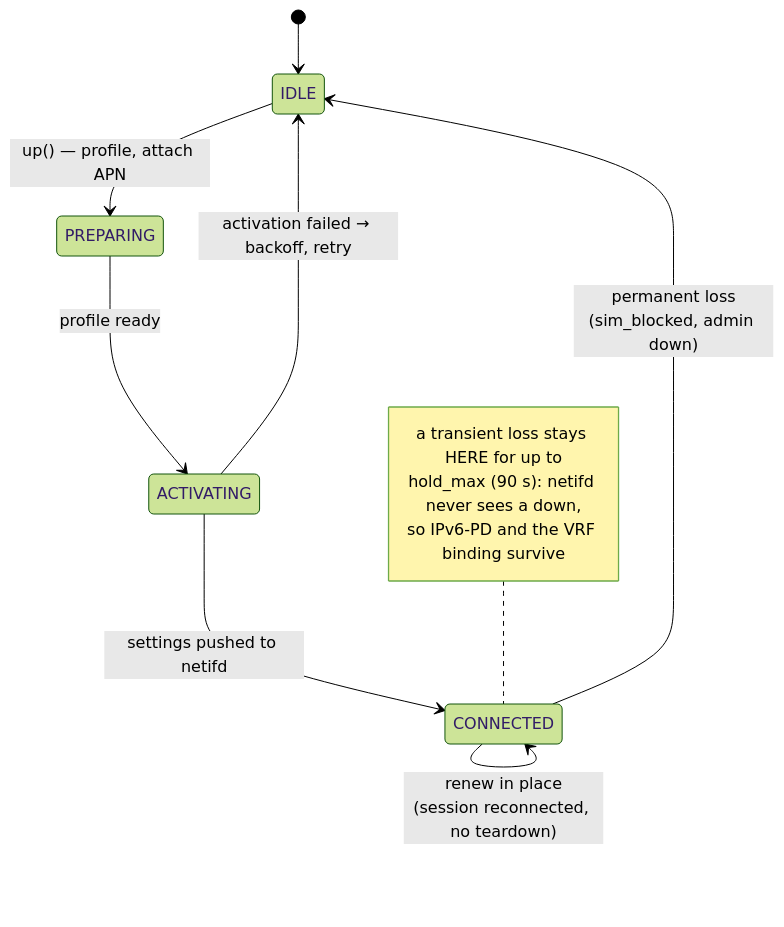
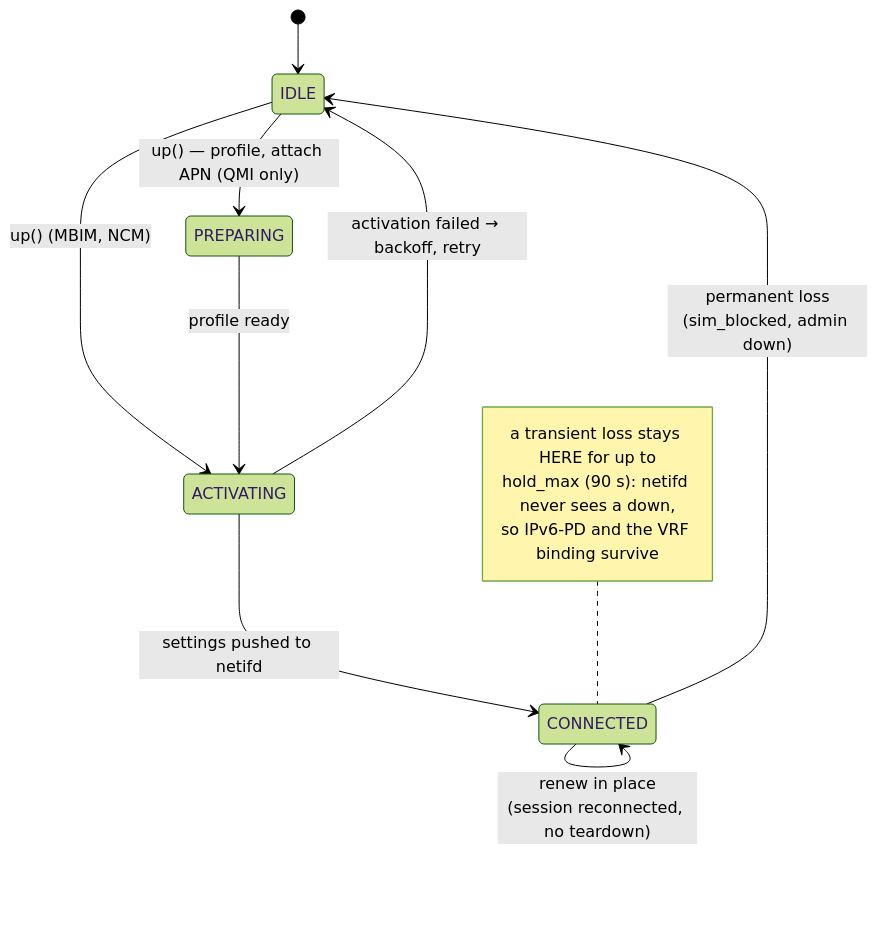
The third of 4 diagrams in docs/connection-flow.md (ddimension/wwand), drawn with Mermaid (forest theme) before and after one commit. The commit also changed other lines of this file and 26 other files, not shown here.

````diff
--- a/docs/connection-flow.md
+++ b/docs/connection-flow.md
@@ -166,15 +172,16 @@
 ```mermaid
 stateDiagram-v2
   [*] --> IDLE
-  IDLE --> PREPARING: up() — profile, attach APN
+  IDLE --> PREPARING: up() — profile, attach APN (QMI only)
+  IDLE --> ACTIVATING: up() (MBIM, NCM)
   PREPARING --> ACTIVATING: profile ready
   ACTIVATING --> CONNECTED: settings pushed to netifd
   CONNECTED --> CONNECTED: renew in place<br/>(session reconnected, no teardown)
   CONNECTED --> IDLE: permanent loss<br/>(sim_blocked, admin down)
   ACTIVATING --> IDLE: activation failed → backoff, retry
   note left of CONNECTED
     a transient loss stays HERE for up to
     hold_max (90 s): netifd never sees a down,
     so IPv6-PD and the VRF binding survive
   end note
 ```
````
